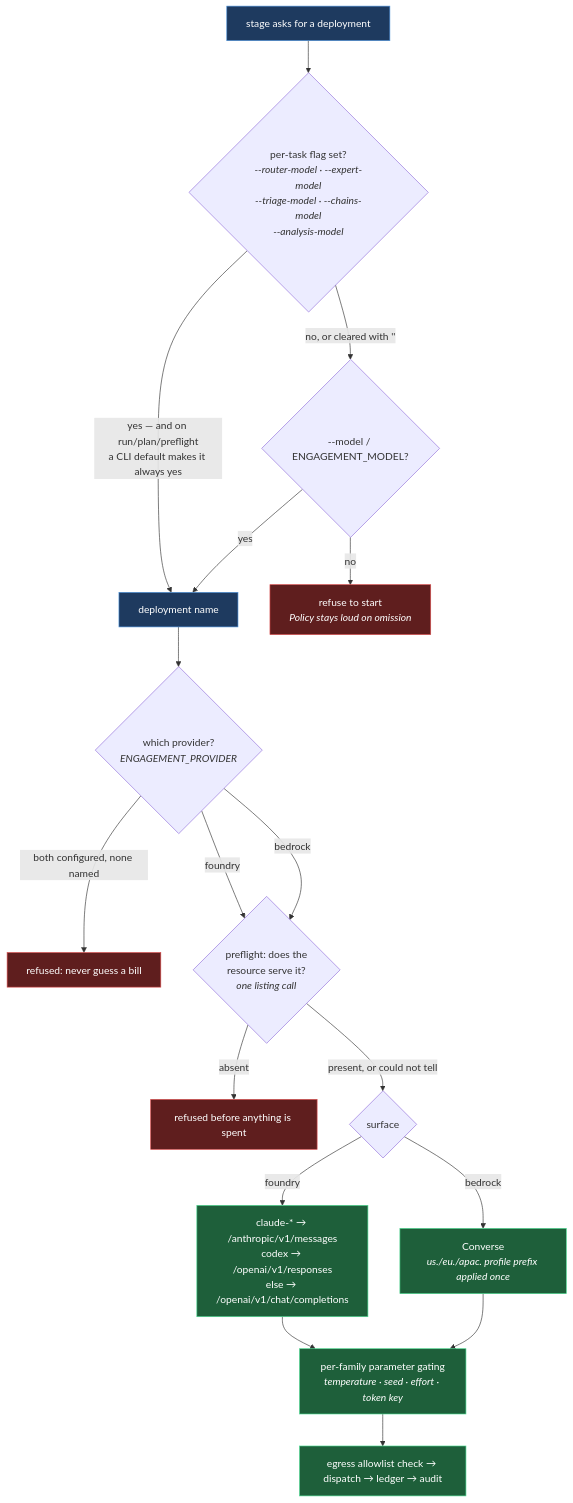
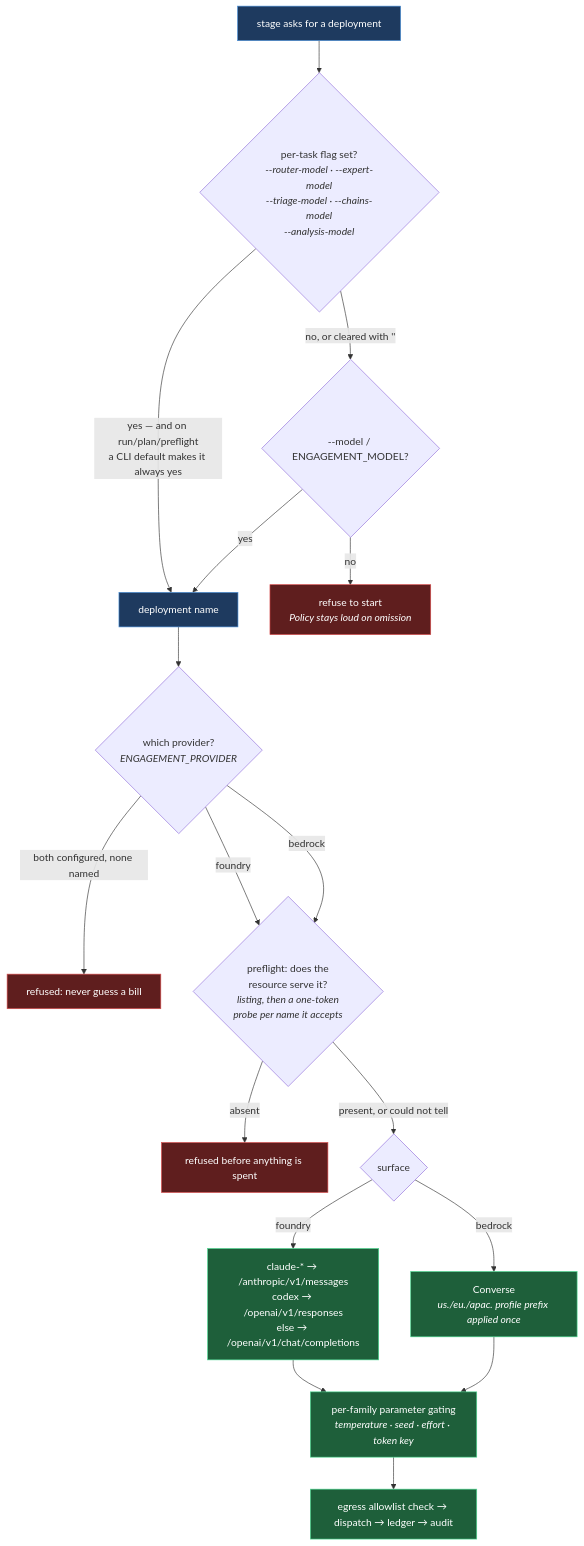
The third of 3 diagrams in docs/MODELS.md (mfmiguez-oss/codescan-engagement), drawn with Mermaid before and after one commit. The commit also changed other lines of this file and 5 other files, not shown here.

````diff
--- a/docs/MODELS.md
+++ b/docs/MODELS.md
@@ -237,24 +237,24 @@
 ```mermaid
 flowchart TB
   classDef pick fill:#1e3a5f,stroke:#4a90d9,color:#fff
   classDef stop fill:#5f1e1e,stroke:#d94a4a,color:#fff
   classDef ok fill:#1e5f3a,stroke:#4ad990,color:#fff
 
   A["stage asks for a deployment"]:::pick --> B{"per-task flag set?<br/><i>--router-model · --expert-model<br/>--triage-model · --chains-model<br/>--analysis-model</i>"}
   B -->|"yes — and on run/plan/preflight<br/>a CLI default makes it always yes"| USE
   B -->|"no, or cleared with ''"| C{"--model / ENGAGEMENT_MODEL?"}
   C -->|"yes"| USE
   C -->|"no"| REFUSE["refuse to start<br/><i>Policy stays loud on omission</i>"]:::stop
 
   USE["deployment name"]:::pick --> PROV{"which provider?<br/><i>ENGAGEMENT_PROVIDER</i>"}
   PROV -->|"both configured, none named"| STOP3["refused: never guess a bill"]:::stop
   PROV -->|"foundry"| PRE
   PROV -->|"bedrock"| PRE
-  PRE{"preflight: does the<br/>resource serve it?<br/><i>one listing call</i>"} -->|"absent"| STOP2["refused before anything is spent"]:::stop
+  PRE{"preflight: does the<br/>resource serve it?<br/><i>listing, then a one-token<br/>probe per name it accepts</i>"} -->|"absent"| STOP2["refused before anything is spent"]:::stop
   PRE -->|"present, or could not tell"| SURF{"surface"}
   SURF -->|"foundry"| F["claude-* → /anthropic/v1/messages<br/>codex → /openai/v1/responses<br/>else → /openai/v1/chat/completions"]:::ok
   SURF -->|"bedrock"| BR["Converse<br/><i>us./eu./apac. profile prefix applied once</i>"]:::ok
   F --> GATE["per-family parameter gating<br/><i>temperature · seed · effort · token key</i>"]:::ok
   BR --> GATE
   GATE --> WIRE["egress allowlist check → dispatch → ledger → audit"]:::ok
 ```
````
